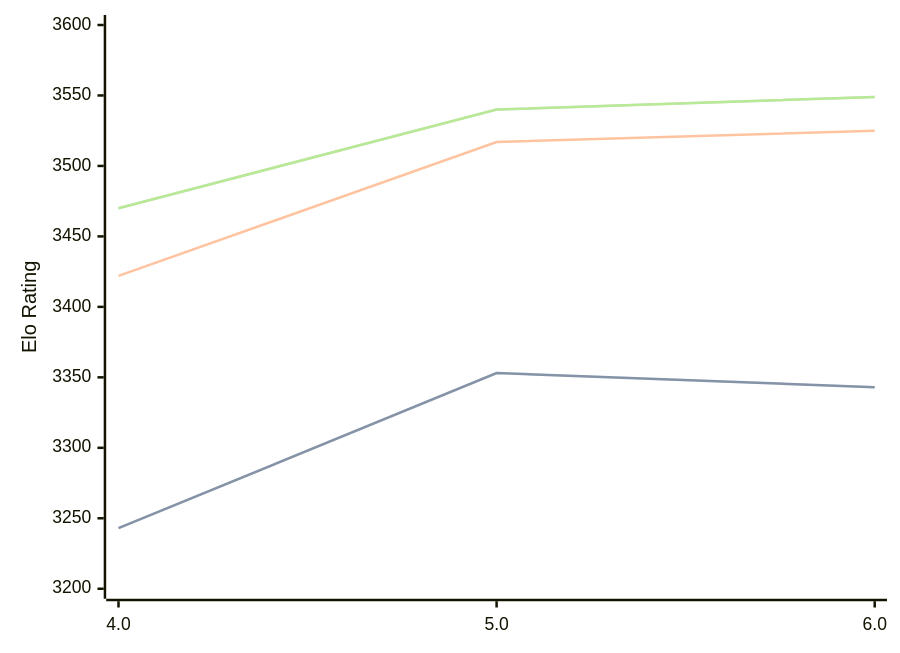
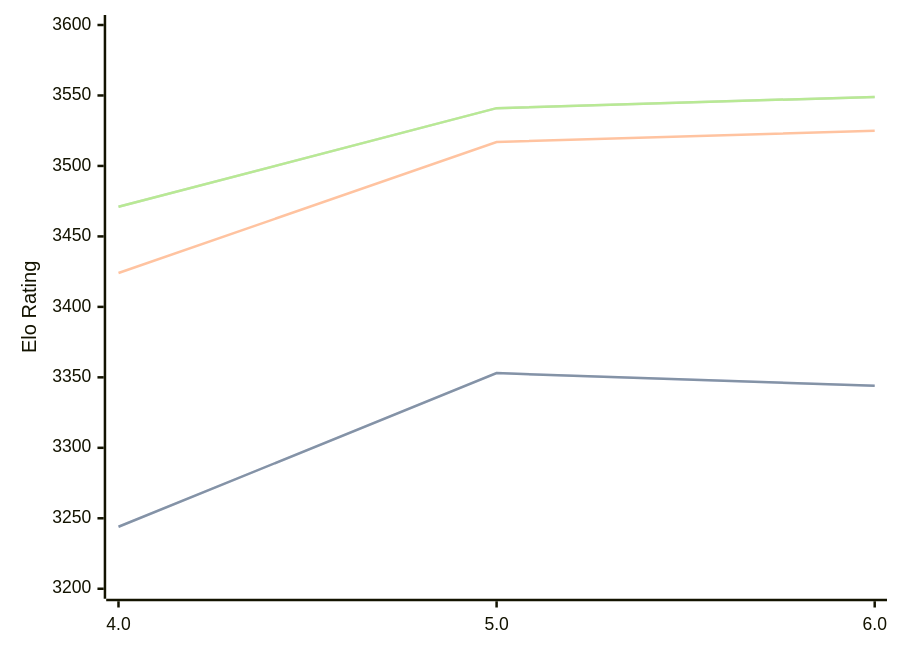
Before and after one commit to computer-chess-index/cci: the diagram in engines/Tarnished.md, drawn with Mermaid. The commit also changed other lines of this file, not shown here.

Commit message:
Update CCI Ratings (ELO VLTC) - 2026-07-31

````diff
--- a/engines/Tarnished.md
+++ b/engines/Tarnished.md
@@ -37,11 +37,11 @@
 ```mermaid
 %%{init: {"theme":"base","themeVariables":{"seriesColors:['#a3a3a3','#222221','#faa371']}}}%%
 xychart-beta
   x-axis ["4.0", "5.0", "6.0"]
   y-axis "Elo Rating" 3200 --> 3600
-  line "STC (8.0+0.08s)" [3243, 3353, 3343]
-  line "STC (8.0+0.08s)" [3243, 3353, 3343]
-  line "LTC (60.0+0.60s)" [3422, 3517, 3525]
-  line "VLTC (2m24s+1.12s)" [3470, 3540, 3549]
-  line "VLTC (2m24s+1.12s)" [3470, 3540, 3549]
+  line "STC (8.0+0.08s)" [3244, 3353, 3344]
+  line "STC (8.0+0.08s)" [3244, 3353, 3344]
+  line "LTC (60.0+0.60s)" [3424, 3517, 3525]
+  line "VLTC (2m24s+1.12s)" [3471, 3541, 3549]
+  line "VLTC (2m24s+1.12s)" [3471, 3541, 3549]
 ```
````
